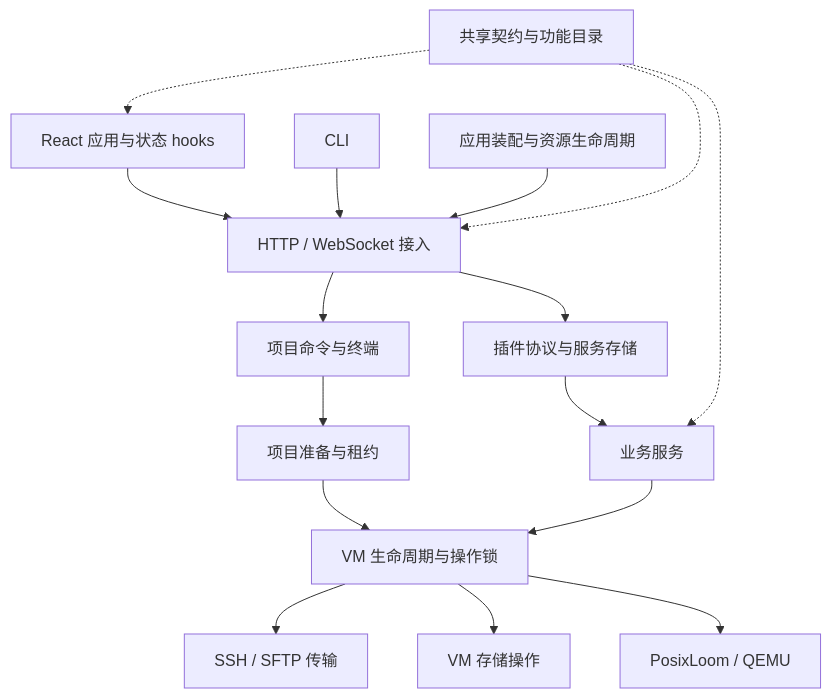
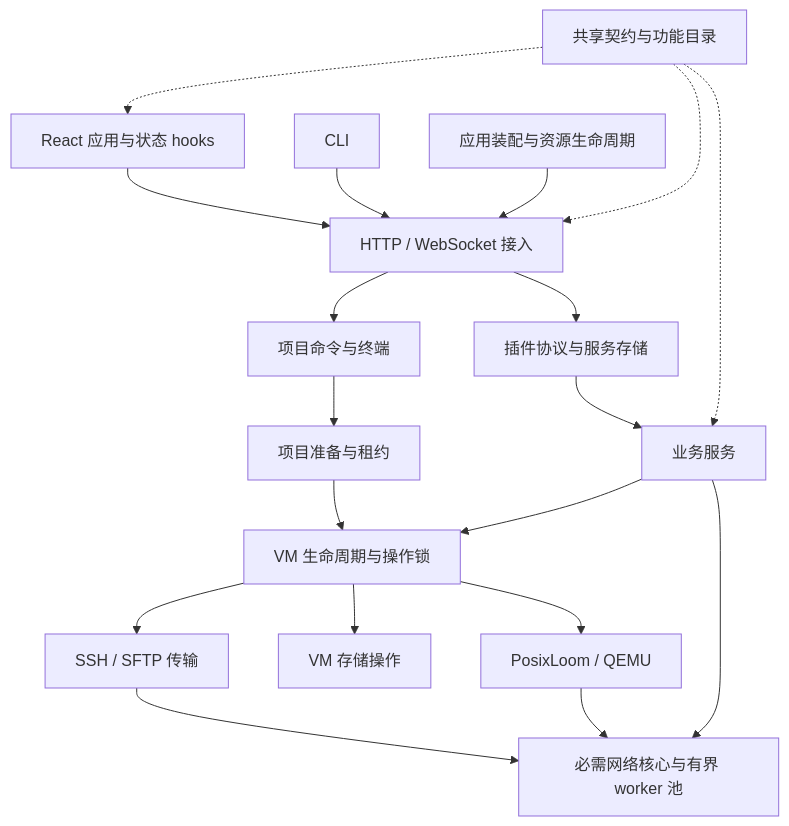
Before and after one commit to lyts825/sakura-vm: the diagram in docs/architecture.md, drawn with Mermaid. The commit also changed other lines of this file and 113 other files, not shown here.

````diff
--- a/docs/architecture.md
+++ b/docs/architecture.md
@@ -5,18 +5,21 @@
 ```mermaid
 flowchart TD
   UI[React 应用与状态 hooks] --> HTTP[HTTP / WebSocket 接入]
   CLI[CLI] --> HTTP
   App[应用装配与资源生命周期] --> HTTP
   HTTP --> Plugins[插件协议与服务存储]
   HTTP --> Execution[项目命令与终端]
   Execution --> Preparation[项目准备与租约]
   Plugins --> Domain[业务服务]
   Preparation --> Machines[VM 生命周期与操作锁]
   Domain --> Machines
   Machines --> Transport[SSH / SFTP 传输]
   Machines --> Storage[VM 存储操作]
   Machines --> Runtime[PosixLoom / QEMU]
+  Transport --> Network[必需网络核心与有界 worker 池]
+  Runtime --> Network
+  Domain --> Network
   Contracts[共享契约与功能目录] -.-> UI
   Contracts -.-> HTTP
   Contracts -.-> Domain
 ```
````
